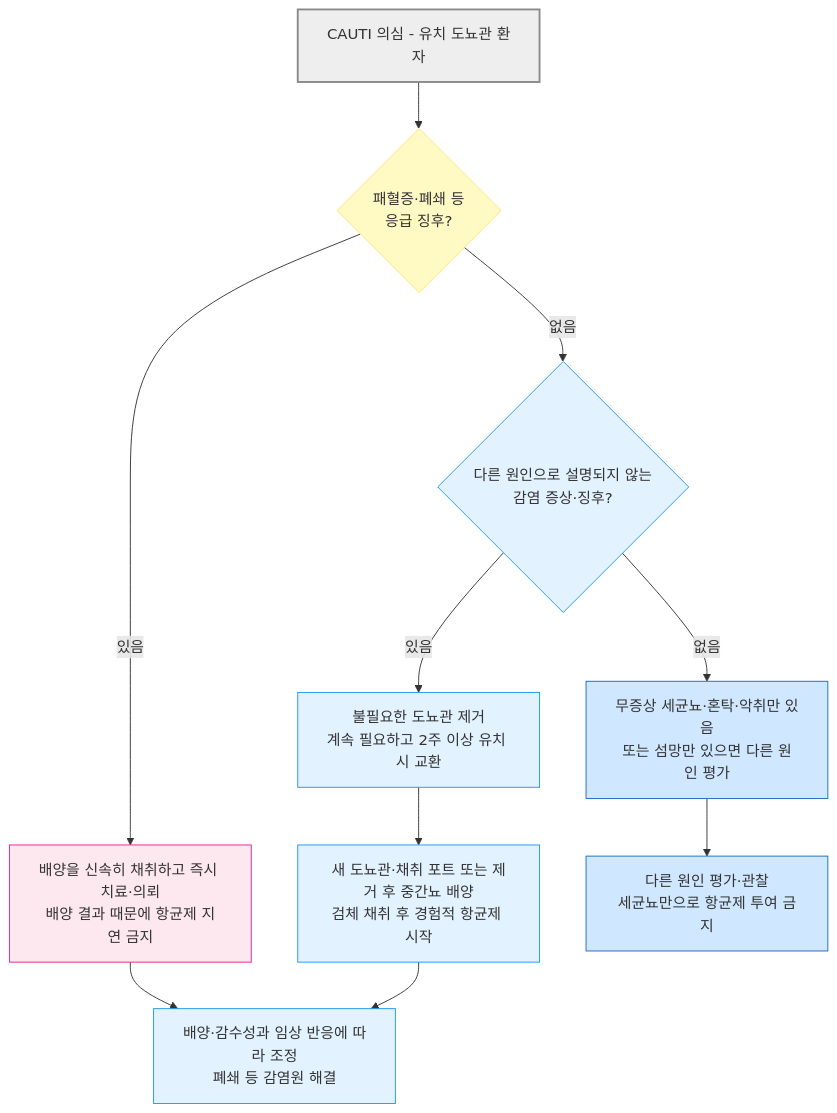
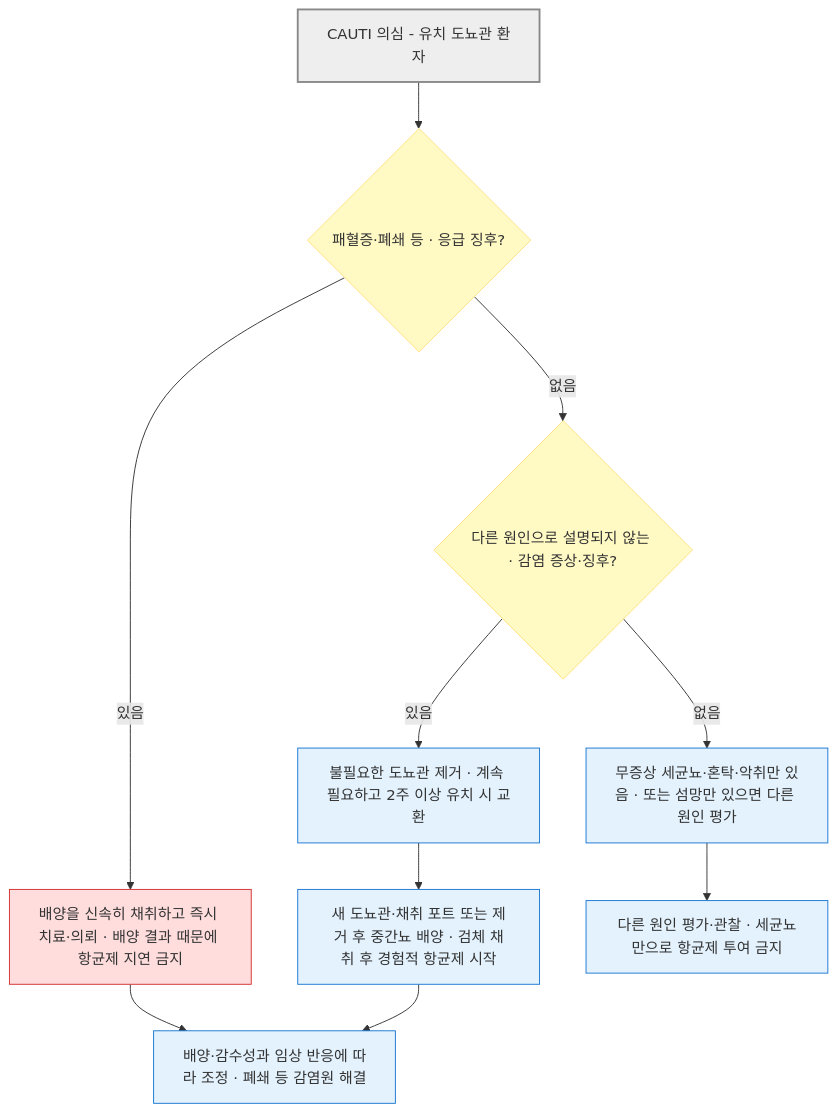
The third of 5 diagrams in 227_/113_-urinary-tract-infection.md (familyoh77/familyoh77), drawn with Mermaid before and after one commit. The commit also changed other lines of this file and 10 other files, not shown here.

````diff
--- a/227_/113_-urinary-tract-infection.md
+++ b/227_/113_-urinary-tract-infection.md
@@ -307,19 +309,21 @@
 ```mermaid
 graph TD
-    A["CAUTI 의심 - 유치 도뇨관 환자"] --> B{"패혈증·폐쇄 등<br/>응급 징후?"}
-    B -->|있음| C["배양을 신속히 채취하고 즉시 치료·의뢰<br/>배양 결과 때문에 항균제 지연 금지"]
-    B -->|없음| D{"다른 원인으로 설명되지 않는<br/>감염 증상·징후?"}
-    D -->|있음| F["불필요한 도뇨관 제거<br/>계속 필요하고 2주 이상 유치 시 교환"]
-    F --> E["새 도뇨관·채취 포트 또는 제거 후 중간뇨 배양<br/>검체 채취 후 경험적 항균제 시작"]
-    C --> G["배양·감수성과 임상 반응에 따라 조정<br/>폐쇄 등 감염원 해결"]
+    A["CAUTI 의심 - 유치 도뇨관 환자"] --> B{"패혈증·폐쇄 등 · 응급 징후?"}
+    B -- "있음" --> C["배양을 신속히 채취하고 즉시 치료·의뢰 · 배양 결과 때문에 항균제 지연 금지"]
+    B -- "없음" --> D{"다른 원인으로 설명되지 않는 · 감염 증상·징후?"}
+    D -- "있음" --> F["불필요한 도뇨관 제거 · 계속 필요하고 2주 이상 유치 시 교환"]
+    F --> E["새 도뇨관·채취 포트 또는 제거 후 중간뇨 배양 · 검체 채취 후 경험적 항균제 시작"]
+    C --> G["배양·감수성과 임상 반응에 따라 조정 · 폐쇄 등 감염원 해결"]
     E --> G
-    D -->|없음| H["무증상 세균뇨·혼탁·악취만 있음<br/>또는 섬망만 있으면 다른 원인 평가"]
-    H --> I["다른 원인 평가·관찰<br/>세균뇨만으로 항균제 투여 금지"]
+    D -- "없음" --> H["무증상 세균뇨·혼탁·악취만 있음 · 또는 섬망만 있으면 다른 원인 평가"]
+    H --> I["다른 원인 평가·관찰 · 세균뇨만으로 항균제 투여 금지"]
     style A fill:#eeeeee,stroke:#888888,stroke-width:2px
     style B fill:#fff9c4,stroke:#ffe082
-    style C fill:#fde8f0,stroke:#e91e8c
-    classDef sky fill:#e3f2ff,stroke:#2196f3
-    class D,E,F,G sky
-    classDef blue fill:#d0e8ff,stroke:#1a6abf
+    style C fill:#ffdddd,stroke:#d32f2f
+    classDef sky fill:#e3f2fd,stroke:#1976d2
+    class E,F,G sky
+    classDef question fill:#fff9c4,stroke:#ffe082
+    class D question
+    classDef blue fill:#e3f2fd,stroke:#1976d2
     class H,I blue
 ```
````
